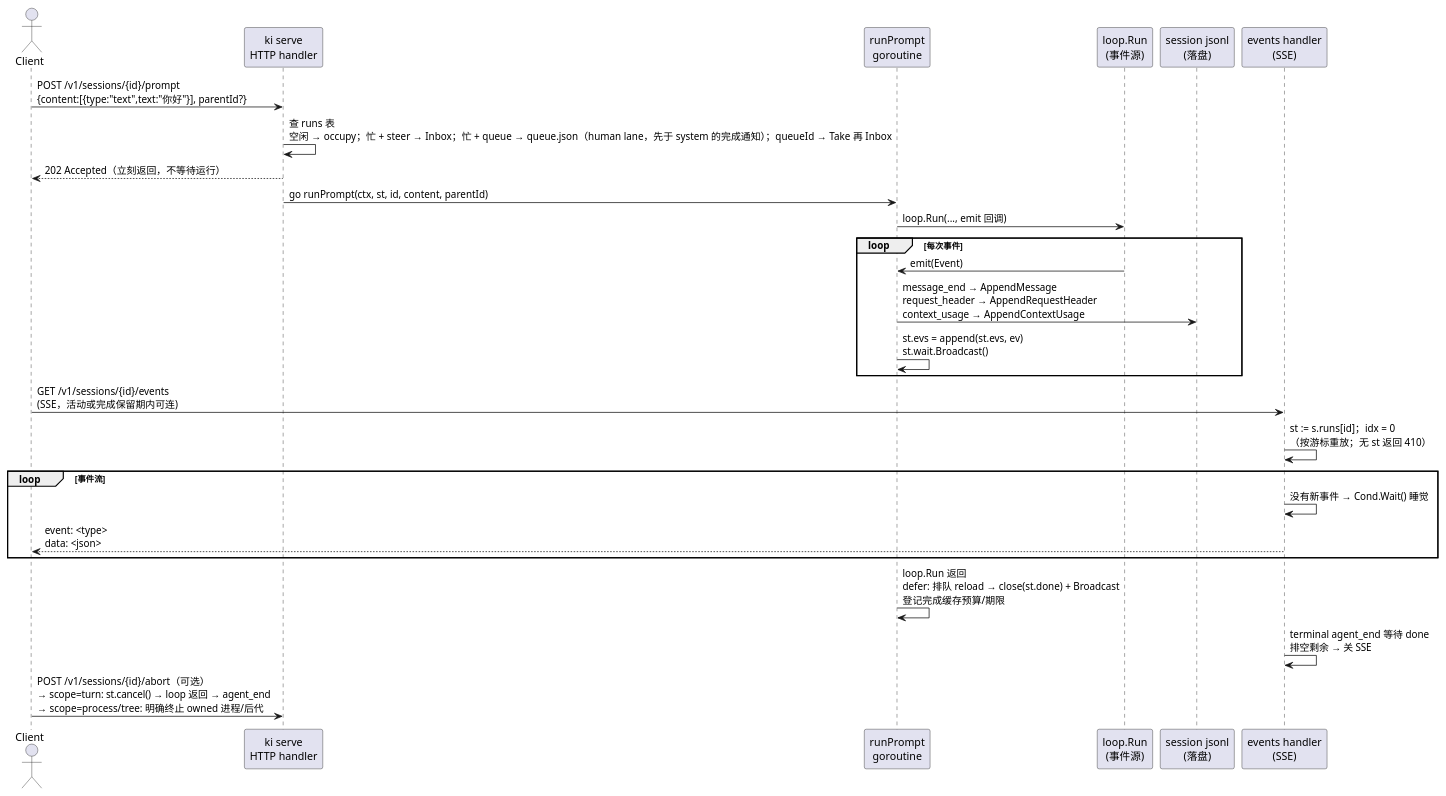
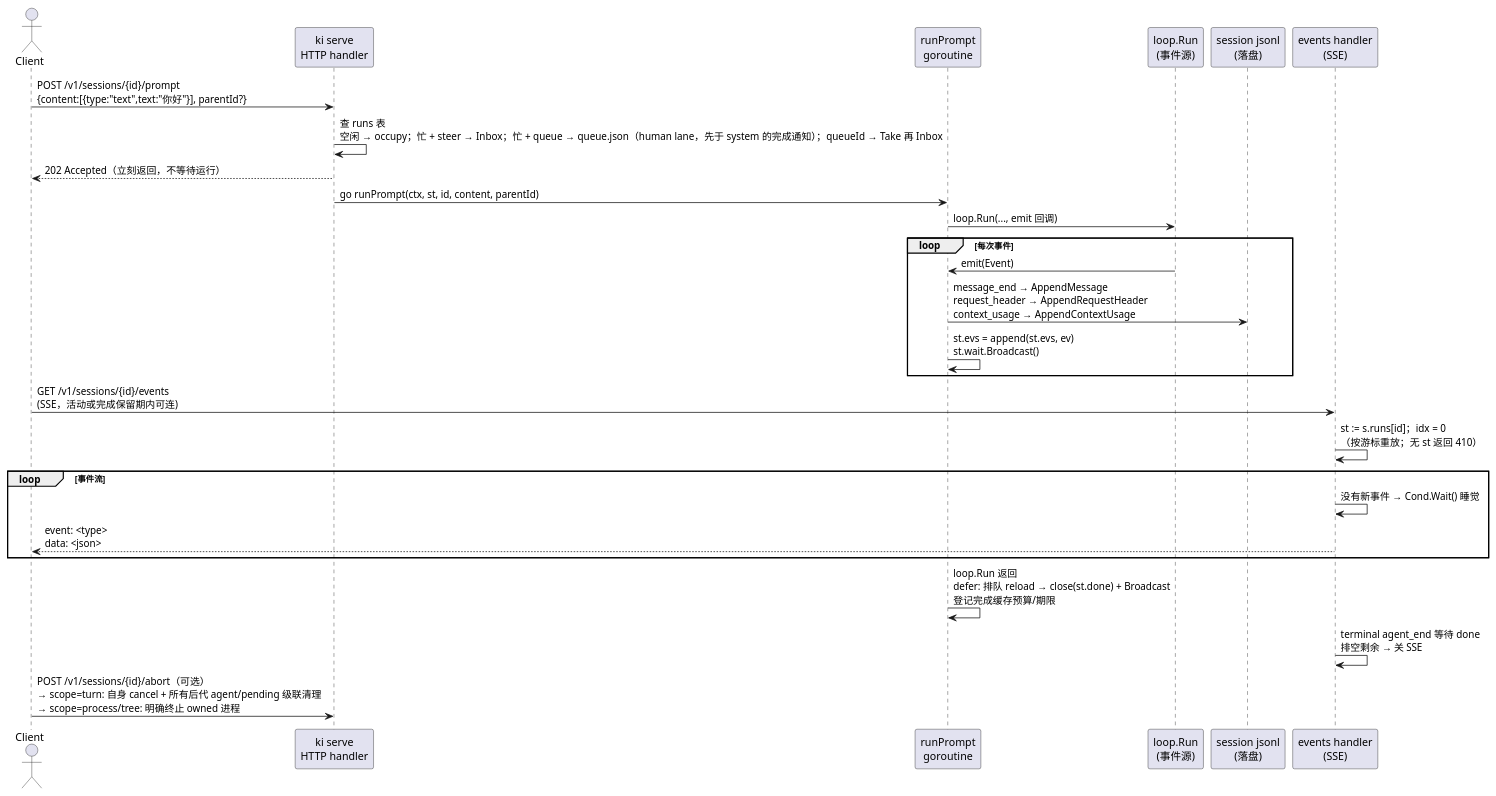
The first of 2 diagrams in docs/architecture.md (skyw8/ki), drawn with PlantUML before and after one commit. The commit also changed other lines of this file and 25 other files, not shown here.

````diff
--- a/docs/architecture.md
+++ b/docs/architecture.md
@@ -404,34 +404,34 @@
 ```plantuml
 @startuml
 actor Client as C
 participant "ki serve\nHTTP handler" as S
 participant "runPrompt\ngoroutine" as R
 participant "loop.Run\n(事件源)" as L
 participant "session jsonl\n(落盘)" as F
 participant "events handler\n(SSE)" as E
 
 C -> S : POST /v1/sessions/{id}/prompt\n{content:[{type:"text",text:"你好"}], parentId?}
 S -> S : 查 runs 表\n空闲 → occupy；忙 + steer → Inbox；忙 + queue → queue.json（human lane，先于 system 的完成通知）；queueId → Take 再 Inbox
 S --> C : 202 Accepted（立刻返回，不等待运行）
 S -> R : go runPrompt(ctx, st, id, content, parentId)
 
 R -> L : loop.Run(..., emit 回调)
 loop 每次事件
   L -> R : emit(Event)
   R -> F : message_end → AppendMessage\nrequest_header → AppendRequestHeader\ncontext_usage → AppendContextUsage
   R -> R : st.evs = append(st.evs, ev)\nst.wait.Broadcast()
 end
 
 C -> E : GET /v1/sessions/{id}/events\n(SSE，活动或完成保留期内可连)
 E -> E : st := s.runs[id]；idx = 0\n（按游标重放；无 st 返回 410）
 loop 事件流
   E -> E : 没有新事件 → Cond.Wait() 睡觉
   E --> C : event: <type>\ndata: <json>
 end
 
 R -> R : loop.Run 返回\ndefer: 排队 reload → close(st.done) + Broadcast\n登记完成缓存预算/期限
 E -> E : terminal agent_end 等待 done\n排空剩余 → 关 SSE
 
-C -> S : POST /v1/sessions/{id}/abort（可选）\n→ scope=turn: st.cancel() → loop 返回 → agent_end\n→ scope=process/tree: 明确终止 owned 进程/后代
+C -> S : POST /v1/sessions/{id}/abort（可选）\n→ scope=turn: 自身 cancel + 所有后代 agent/pending 级联清理\n→ scope=process/tree: 明确终止 owned 进程
 @enduml
 ```
````
